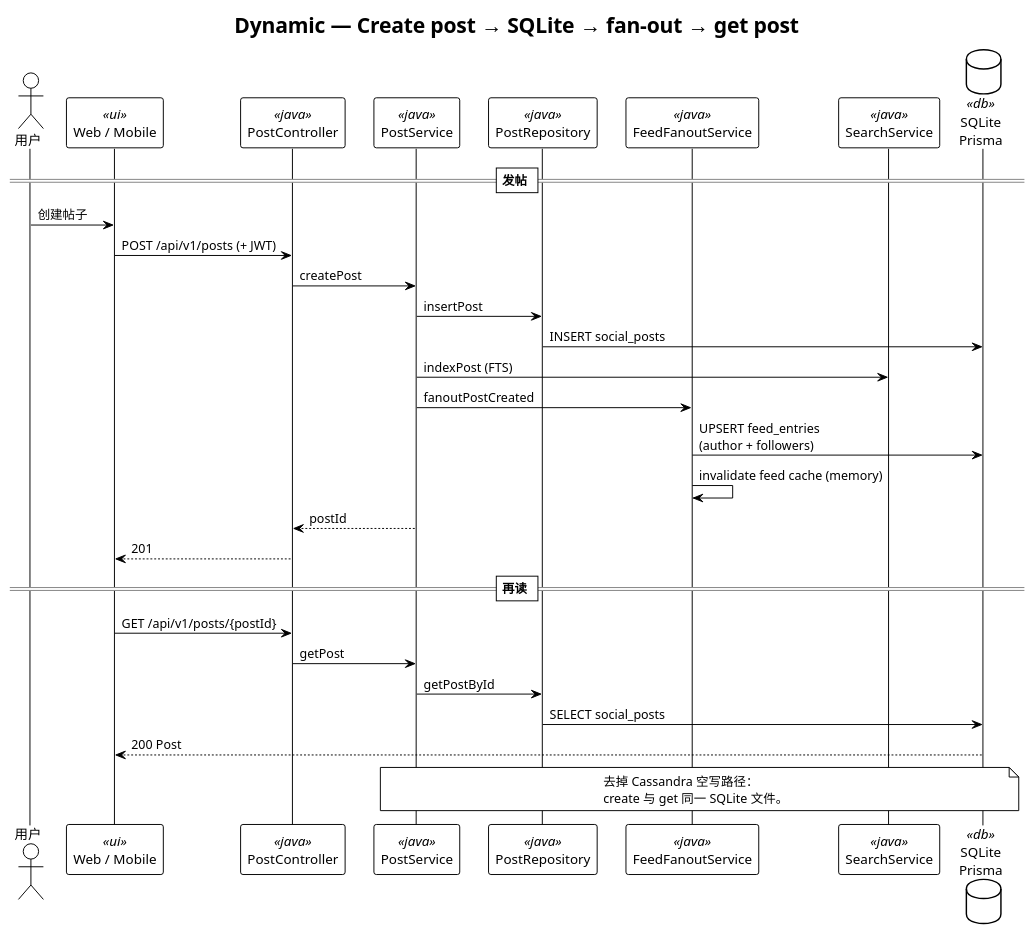
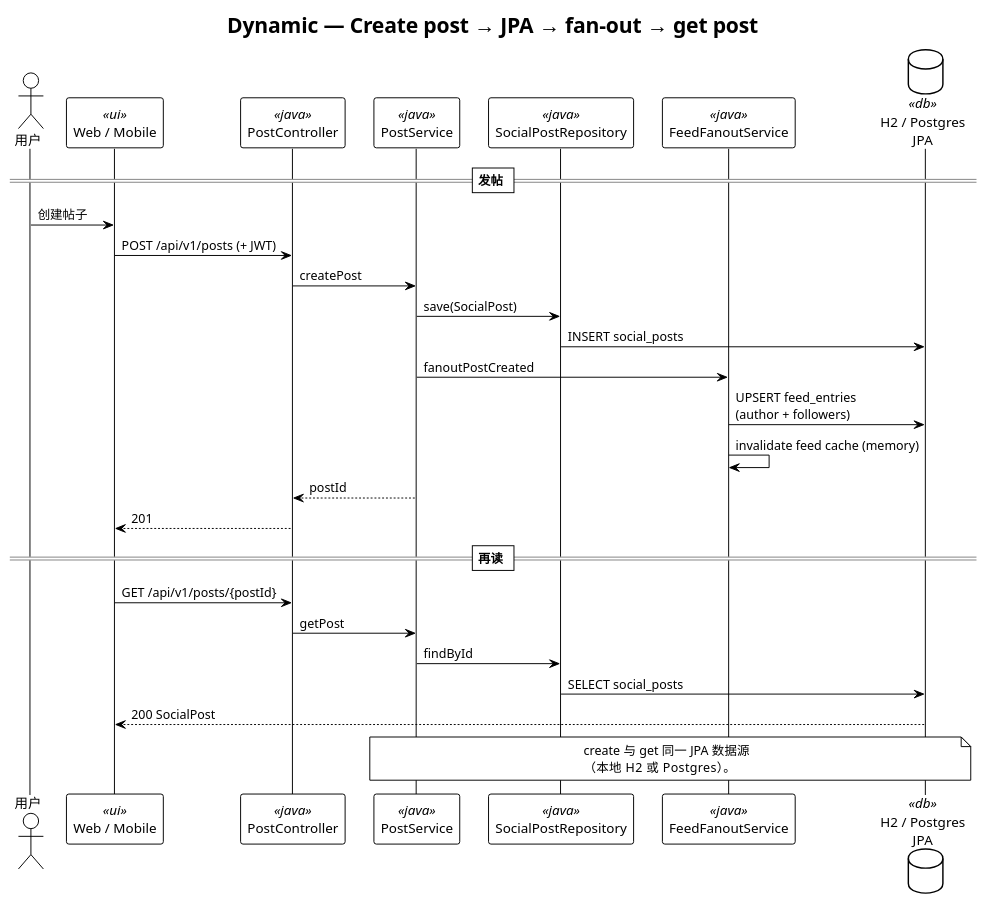
One commit to felixzhu97/explore-chat changed the diagram in docs/developer/c4-model/C4-Dynamic-Post-Create-Feed.puml. Above: the diagram before and after it, drawn with PlantUML. The commit also changed 9 other files, not shown here.

```diff
--- a/docs/developer/c4-model/C4-Dynamic-Post-Create-Feed.puml
+++ b/docs/developer/c4-model/C4-Dynamic-Post-Create-Feed.puml
@@ -1,42 +1,40 @@
 @startuml C4-Dynamic-Post-Create-Feed
 !theme plain
 skinparam backgroundColor #FFFFFF
 skinparam shadowing false
 
-title Dynamic — Create post → SQLite → fan-out → get post
+title Dynamic — Create post → JPA → fan-out → get post
 
 actor "用户" as user
 participant "Web / Mobile" as ui <<ui>>
 participant "PostController" as postCtrl <<java>>
 participant "PostService" as postSvc <<java>>
-participant "PostRepository" as postRepo <<java>>
+participant "SocialPostRepository" as postRepo <<java>>
 participant "FeedFanoutService" as fanout <<java>>
-participant "SearchService" as search <<java>>
-database "SQLite\nPrisma" as db <<db>>
+database "H2 / Postgres\nJPA" as db <<db>>
 
 == 发帖 ==
 user -> ui : 创建帖子
 ui -> postCtrl : POST /api/v1/posts (+ JWT)
 postCtrl -> postSvc : createPost
-postSvc -> postRepo : insertPost
+postSvc -> postRepo : save(SocialPost)
 postRepo -> db : INSERT social_posts
-postSvc -> search : indexPost (FTS)
 postSvc -> fanout : fanoutPostCreated
 fanout -> db : UPSERT feed_entries\n(author + followers)
 fanout -> fanout : invalidate feed cache (memory)
 postSvc --> postCtrl : postId
 postCtrl --> ui : 201
 
 == 再读 ==
 ui -> postCtrl : GET /api/v1/posts/{postId}
 postCtrl -> postSvc : getPost
-postSvc -> postRepo : getPostById
+postSvc -> postRepo : findById
 postRepo -> db : SELECT social_posts
-db --> ui : 200 Post
+db --> ui : 200 SocialPost
 
 note over postSvc, db
-  去掉 Cassandra 空写路径：
-  create 与 get 同一 SQLite 文件。
+  create 与 get 同一 JPA 数据源
+  （本地 H2 或 Postgres）。
 end note
 
 @enduml
```
